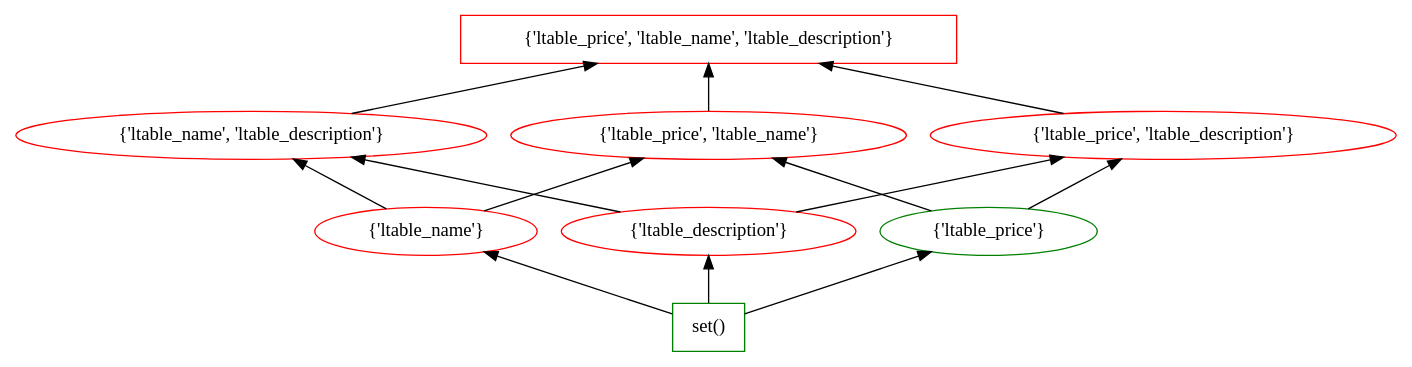
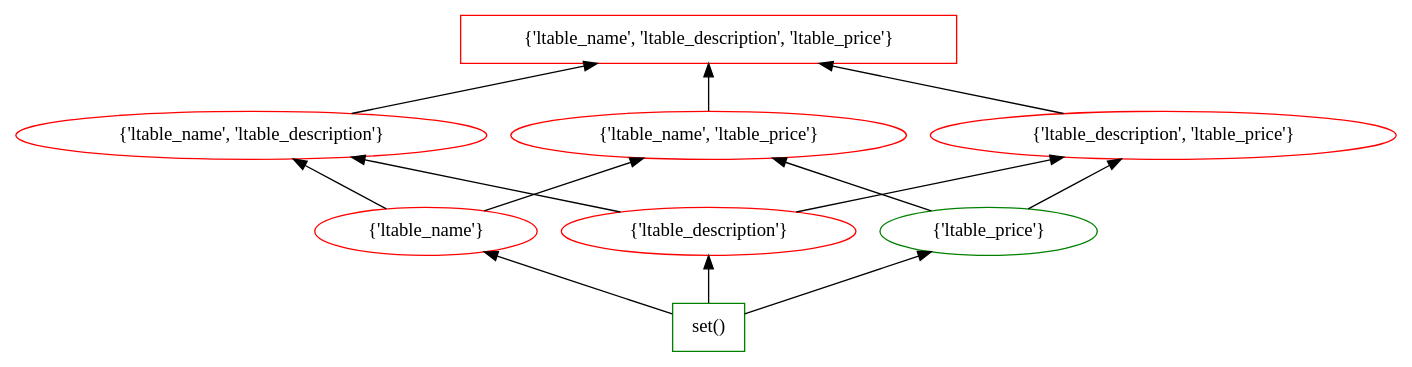
One commit to tteofili/certem changed the diagram in data_new/AB/Ditto/4/lattice_2.dot. Above: the diagram before and after it, drawn with Graphviz. The commit also changed 434 other files, not shown here.

```diff
--- a/data_new/AB/Ditto/4/lattice_2.dot
+++ b/data_new/AB/Ditto/4/lattice_2.dot
@@ -1,26 +1,26 @@
 digraph G {
 splines="line"
 rankdir=BT
-"{'ltable_price', 'ltable_name', 'ltable_description'}" [shape=box];
+"{'ltable_name', 'ltable_description', 'ltable_price'}" [shape=box];
 "set()" [shape=box];
 "set()" [color=green];
 "set()" -> "{'ltable_name'}";
 "set()" -> "{'ltable_description'}";
 "set()" -> "{'ltable_price'}";
 "{'ltable_name'}" [color=red];
 "{'ltable_name'}" -> "{'ltable_name', 'ltable_description'}";
-"{'ltable_name'}" -> "{'ltable_price', 'ltable_name'}";
+"{'ltable_name'}" -> "{'ltable_name', 'ltable_price'}";
 "{'ltable_description'}" [color=red];
 "{'ltable_description'}" -> "{'ltable_name', 'ltable_description'}";
-"{'ltable_description'}" -> "{'ltable_price', 'ltable_description'}";
+"{'ltable_description'}" -> "{'ltable_description', 'ltable_price'}";
 "{'ltable_price'}" [color=green];
-"{'ltable_price'}" -> "{'ltable_price', 'ltable_name'}";
-"{'ltable_price'}" -> "{'ltable_price', 'ltable_description'}";
+"{'ltable_price'}" -> "{'ltable_name', 'ltable_price'}";
+"{'ltable_price'}" -> "{'ltable_description', 'ltable_price'}";
 "{'ltable_name', 'ltable_description'}" [color=red];
-"{'ltable_name', 'ltable_description'}" -> "{'ltable_price', 'ltable_name', 'ltable_description'}";
-"{'ltable_price', 'ltable_name'}" [color=red];
-"{'ltable_price', 'ltable_name'}" -> "{'ltable_price', 'ltable_name', 'ltable_description'}";
-"{'ltable_price', 'ltable_description'}" [color=red];
-"{'ltable_price', 'ltable_description'}" -> "{'ltable_price', 'ltable_name', 'ltable_description'}";
-"{'ltable_price', 'ltable_name', 'ltable_description'}" [color=red];
+"{'ltable_name', 'ltable_description'}" -> "{'ltable_name', 'ltable_description', 'ltable_price'}";
+"{'ltable_name', 'ltable_price'}" [color=red];
+"{'ltable_name', 'ltable_price'}" -> "{'ltable_name', 'ltable_description', 'ltable_price'}";
+"{'ltable_description', 'ltable_price'}" [color=red];
+"{'ltable_description', 'ltable_price'}" -> "{'ltable_name', 'ltable_description', 'ltable_price'}";
+"{'ltable_name', 'ltable_description', 'ltable_price'}" [color=red];
 }
```
